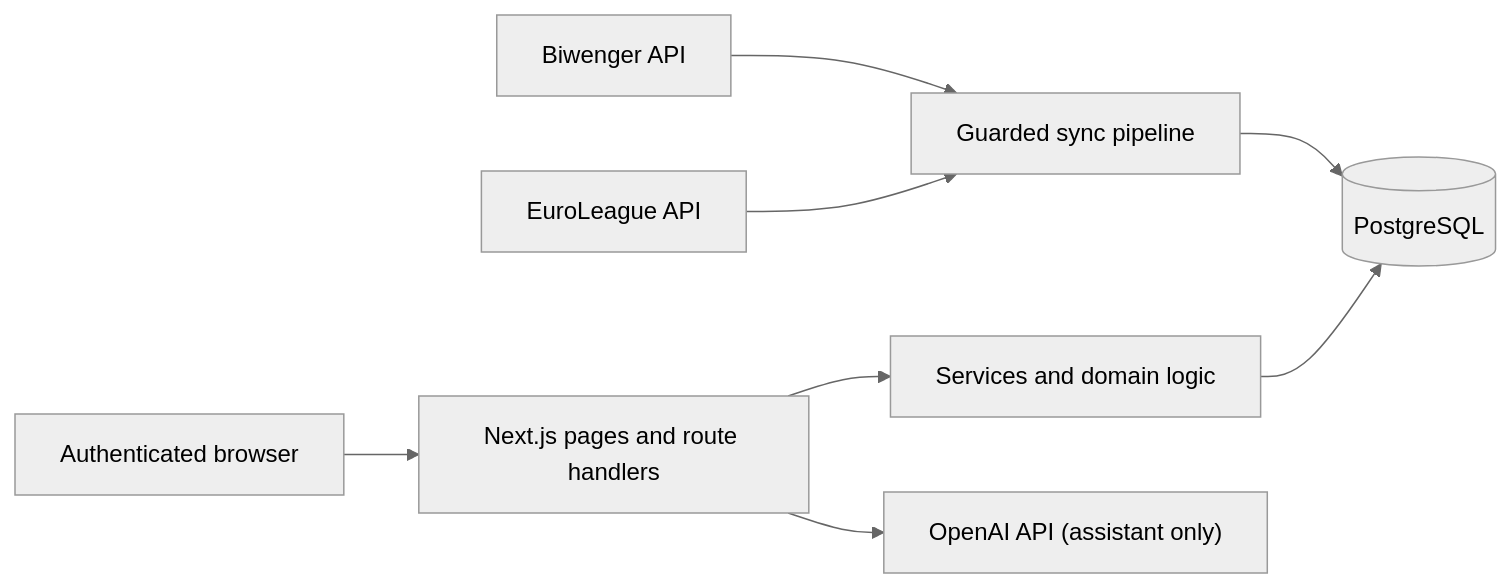
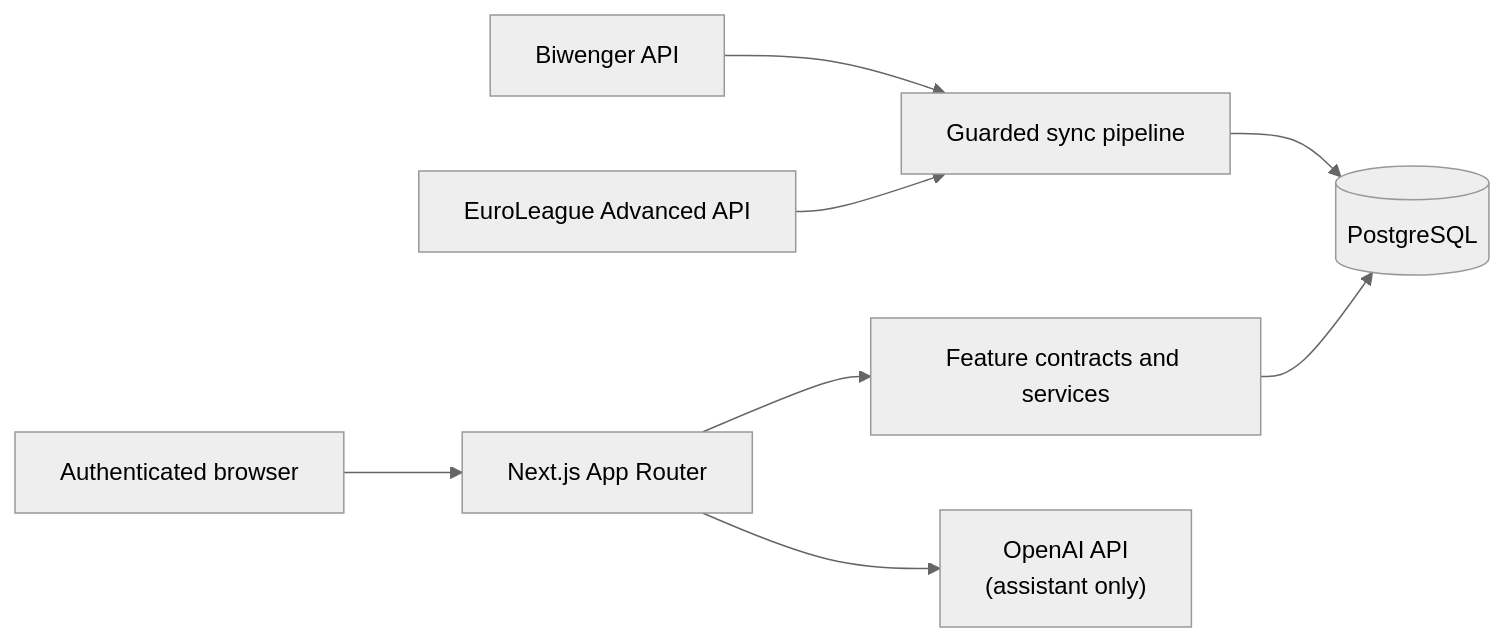
Before and after one commit to c4rl0s04/biwenger-euroleague-stats: the first of 2 diagrams in docs/architecture/system-overview.md, drawn with Mermaid (neutral theme). The commit also changed other lines of this file and 15 other files, not shown here.

Commit message:
docs: align knowledge base with current architecture

````diff
--- a/docs/architecture/system-overview.md
+++ b/docs/architecture/system-overview.md
@@ -17,10 +25,11 @@
 ```mermaid
 flowchart LR
   Biwenger["Biwenger API"] --> Sync["Guarded sync pipeline"]
-  EuroLeague["EuroLeague API"] --> Sync
-  Sync --> PostgreSQL[(PostgreSQL)]
-  Browser["Authenticated browser"] --> Next["Next.js pages and route handlers"]
-  Next --> Services["Services and domain logic"]
-  Services --> PostgreSQL
-  Next --> OpenAI["OpenAI API (assistant only)"]
+  EuroLeague["EuroLeague Advanced API"] --> Sync
+  Sync --> DB[(PostgreSQL)]
+
+  Browser["Authenticated browser"] --> Next["Next.js App Router"]
+  Next --> Features["Feature contracts and services"]
+  Features --> DB
+  Next --> OpenAI["OpenAI API<br/>(assistant only)"]
 ```
````
